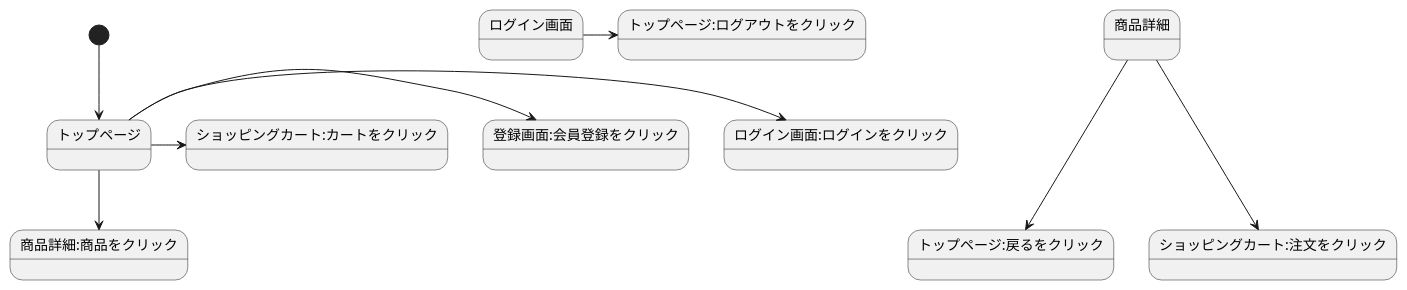
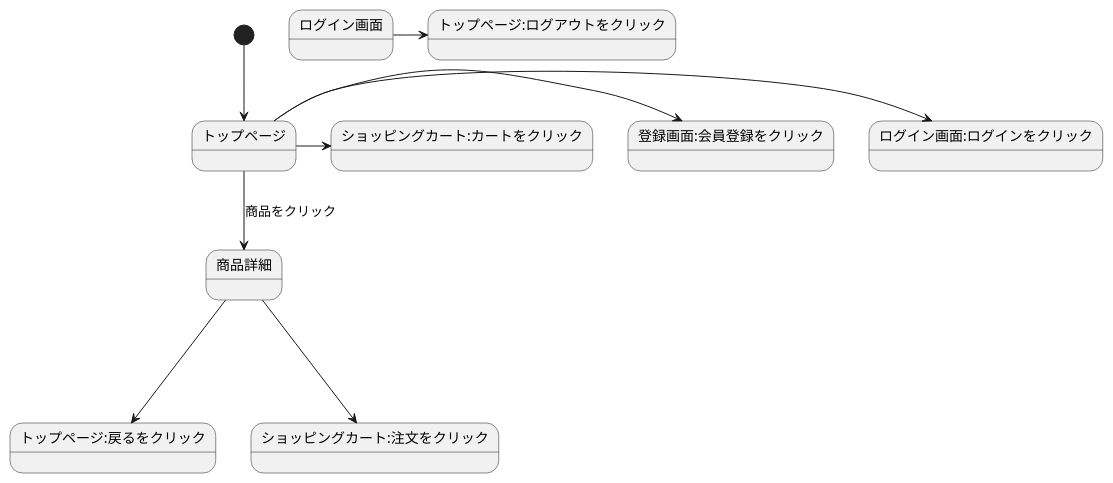
Before and after one commit to Aso2001409/2021sys-design: the diagram in gamen.md, drawn with PlantUML.

````diff
--- a/gamen.md
+++ b/gamen.md
@@ -1,12 +1,12 @@
 ```uml
 @startuml
 [*]-->トップページ
-トップページ-->商品詳細:商品をクリック
+トップページ-->商品詳細 :商品をクリック
 トップページ->ログイン画面:ログインをクリック
 トップページ->登録画面:会員登録をクリック
 トップページ->ショッピングカート:カートをクリック
 商品詳細--->トップページ:戻るをクリック
 商品詳細--->ショッピングカート:注文をクリック
 ログイン画面->トップページ:ログアウトをクリック
 @enduml
 ```
````
